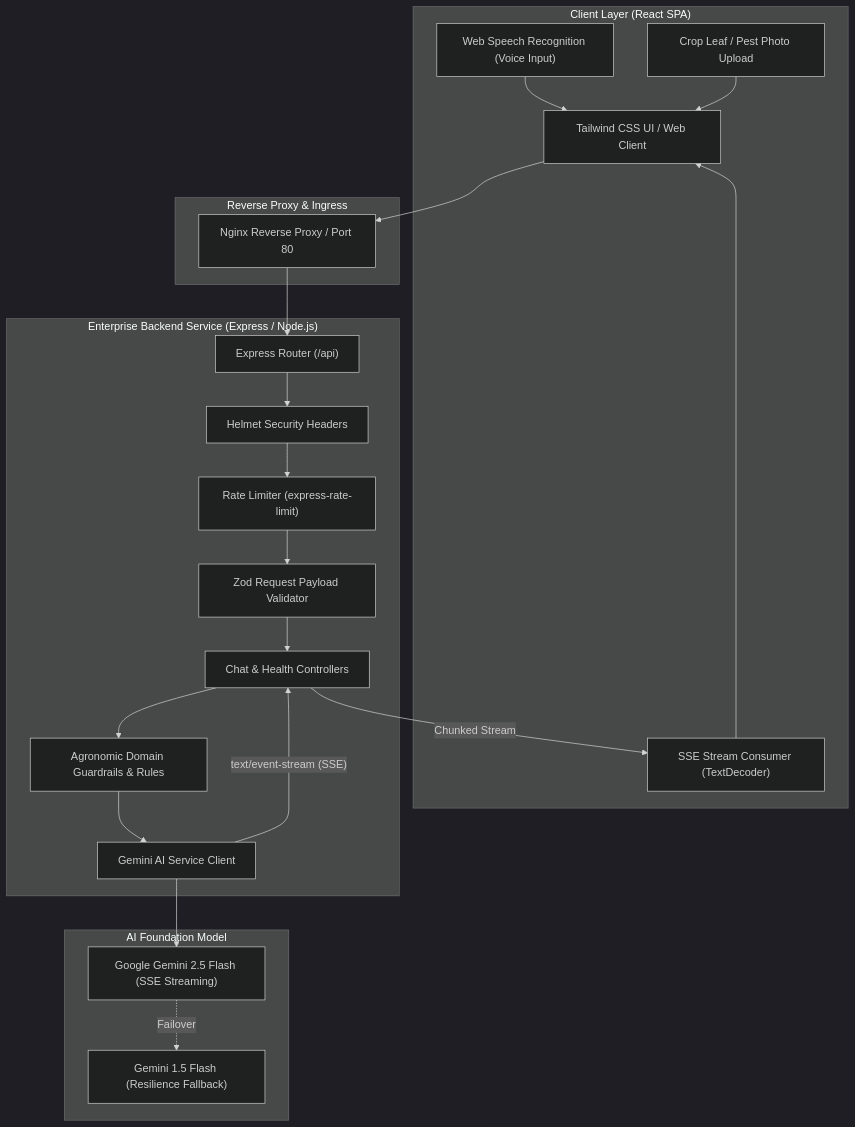
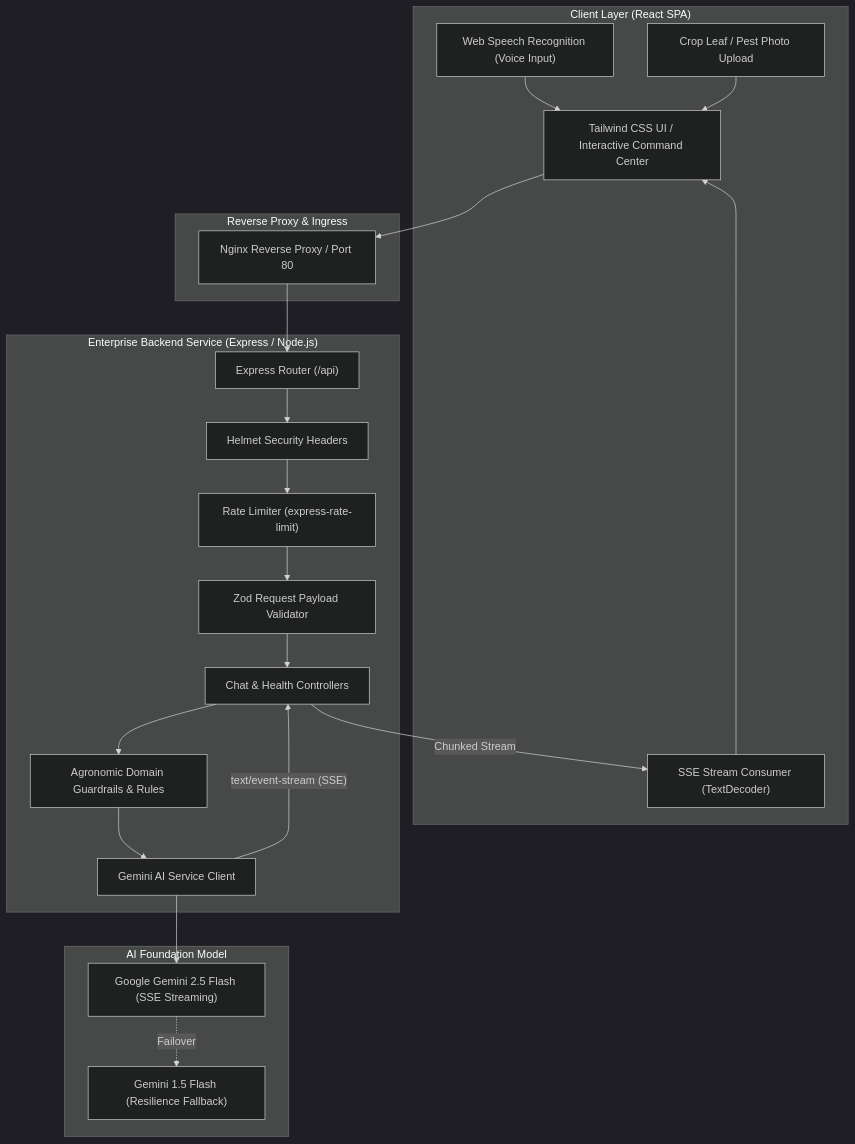
Before and after one commit to Samith-45/agroAssist: the diagram in README.md, drawn with Mermaid (dark theme). The commit also changed other lines of this file and 8 other files, not shown here.

````diff
--- a/README.md
+++ b/README.md
@@ -16,39 +27,39 @@
 ```mermaid
 flowchart TD
     subgraph Client ["Client Layer (React SPA)"]
-        UI["Tailwind CSS UI / Web Client"]
+        UI["Tailwind CSS UI / Interactive Command Center"]
         STT["Web Speech Recognition (Voice Input)"]
         Upload["Crop Leaf / Pest Photo Upload"]
         SSE_Reader["SSE Stream Consumer (TextDecoder)"]
     end
 
     subgraph Gateway ["Reverse Proxy & Ingress"]
         Nginx["Nginx Reverse Proxy / Port 80"]
     end
 
     subgraph Backend ["Enterprise Backend Service (Express / Node.js)"]
         Router["Express Router (/api)"]
         Helmet["Helmet Security Headers"]
         RateLimiter["Rate Limiter (express-rate-limit)"]
         Validator["Zod Request Payload Validator"]
         Controller["Chat & Health Controllers"]
         Guardrails["Agronomic Domain Guardrails & Rules"]
         GeminiService["Gemini AI Service Client"]
     end
 
     subgraph External ["AI Foundation Model"]
         GeminiAPI["Google Gemini 2.5 Flash (SSE Streaming)"]
         FallbackModel["Gemini 1.5 Flash (Resilience Fallback)"]
     end
 
     UI --> Nginx
     STT --> UI
     Upload --> UI
     Nginx --> Router
     Router --> Helmet --> RateLimiter --> Validator --> Controller
     Controller --> Guardrails --> GeminiService
     GeminiService --> GeminiAPI
     GeminiAPI -. Failover .-> FallbackModel
     GeminiService -- "text/event-stream (SSE)" --> Controller
     Controller -- "Chunked Stream" --> SSE_Reader --> UI
 ```
````
